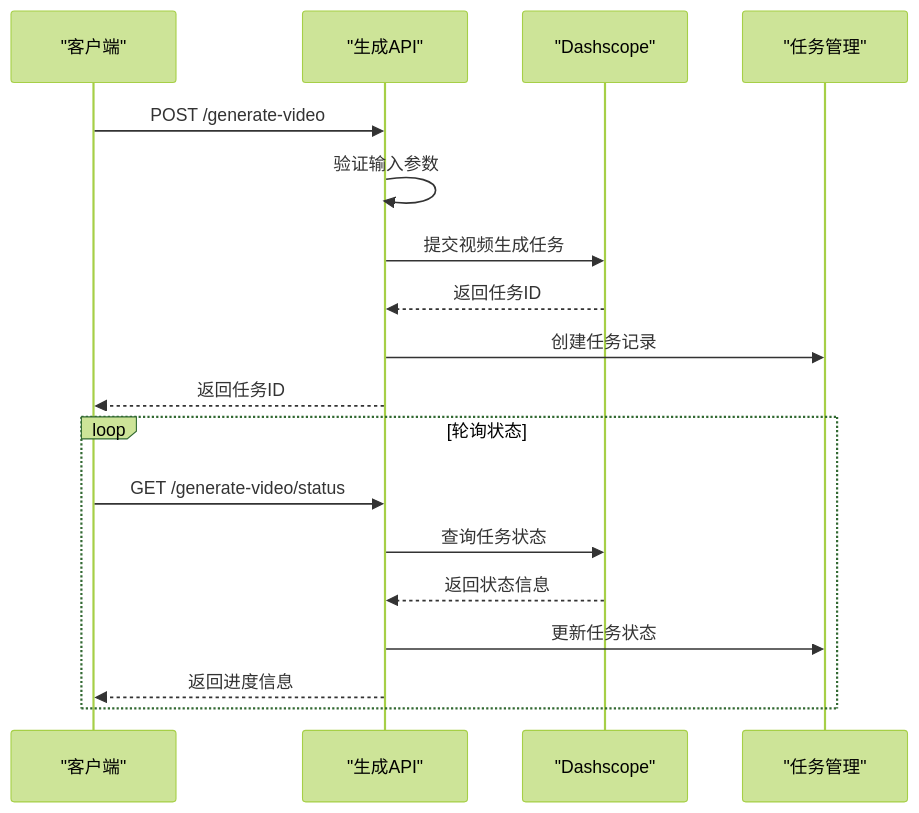
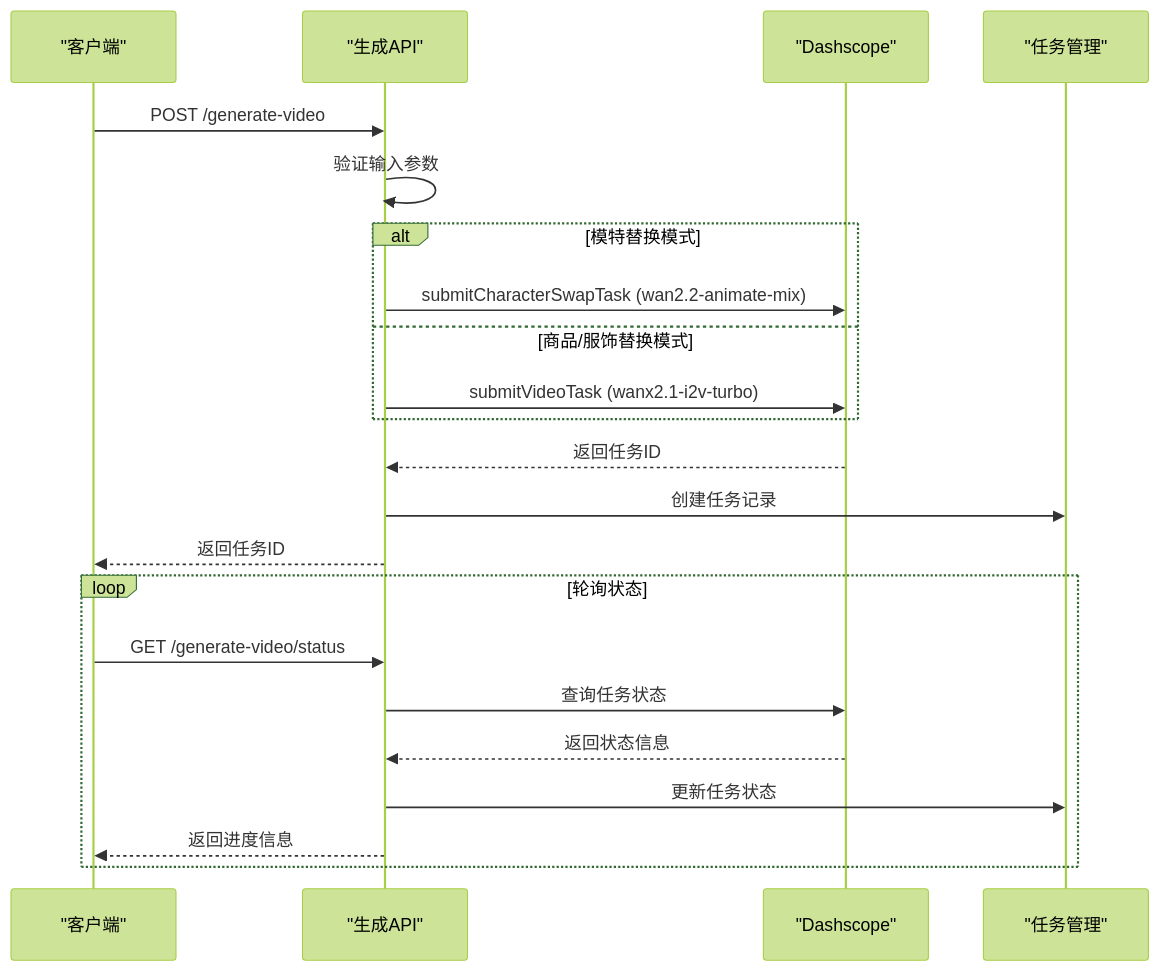
One commit to zuozuoliu740-cmd/xianxiong-news changed the third of 7 diagrams in .qoder/repowiki/zh/content/Dashscope Integration.md. Above: the diagram before and after it, drawn with Mermaid (forest theme). The commit also changed other lines of this file and 4 other files, not shown here.

````diff
--- a/.qoder/repowiki/zh/content/Dashscope Integration.md
+++ b/.qoder/repowiki/zh/content/Dashscope Integration.md
@@ -171,20 +200,24 @@
 ```mermaid
 sequenceDiagram
 participant Client as "客户端"
 participant API as "生成API"
 participant DS as "Dashscope"
 participant Task as "任务管理"
 Client->>API : POST /generate-video
 API->>API : 验证输入参数
-API->>DS : 提交视频生成任务
+alt 模特替换模式
+API->>DS : submitCharacterSwapTask (wan2.2-animate-mix)
+else 商品/服饰替换模式
+API->>DS : submitVideoTask (wanx2.1-i2v-turbo)
+end
 DS-->>API : 返回任务ID
 API->>Task : 创建任务记录
 API-->>Client : 返回任务ID
 loop 轮询状态
 Client->>API : GET /generate-video/status
 API->>DS : 查询任务状态
 DS-->>API : 返回状态信息
 API->>Task : 更新任务状态
 API-->>Client : 返回进度信息
 end
 ```
````
